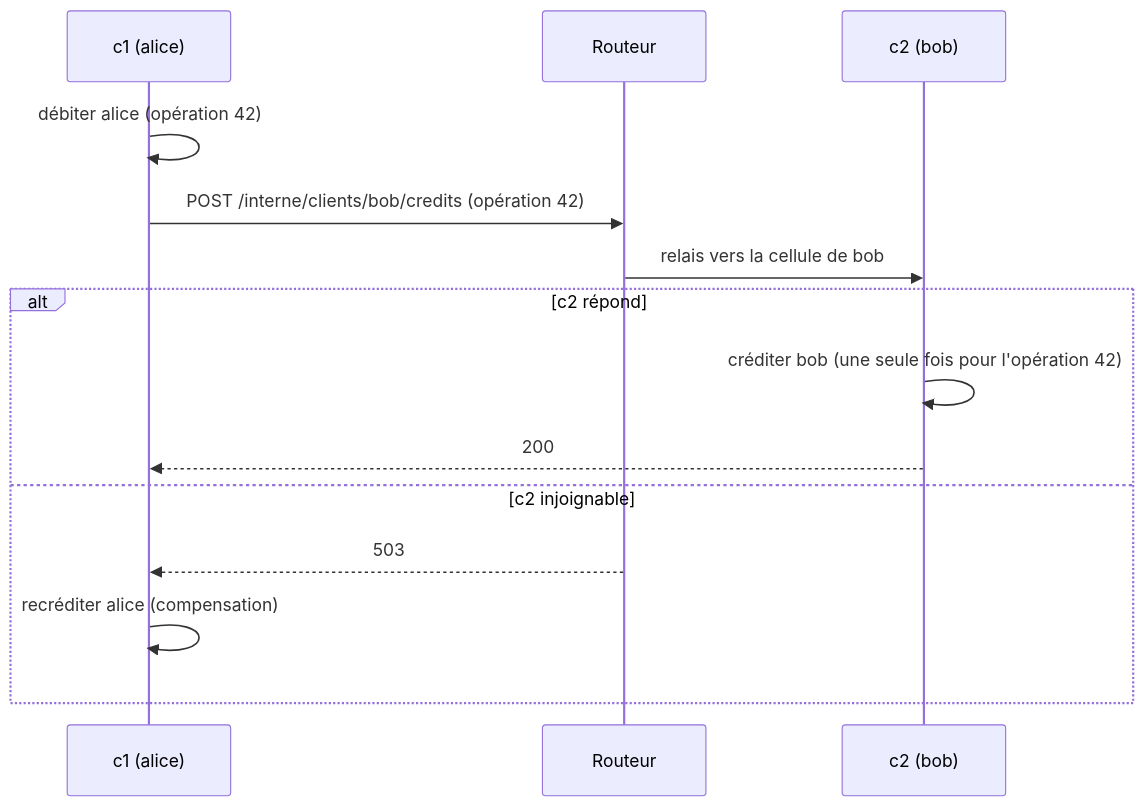
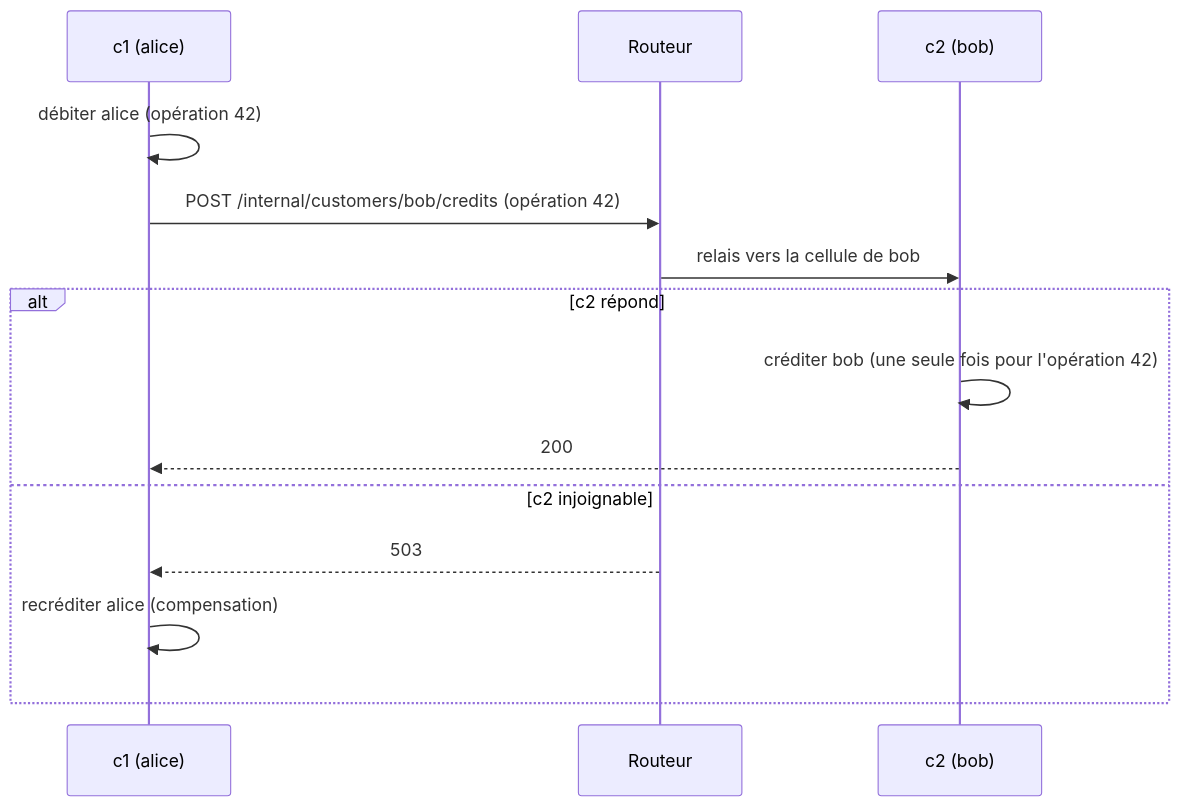
One commit to drangoht/ArchitecturesDemo changed the fourth of 4 diagrams in Docs/17-cell-based.md. Above: the diagram before and after it, drawn with Mermaid. The commit also changed other lines of this file and 70 other files, not shown here.

Commit message:
Docs FR : identifiants, liens, diagrammes et sorties alignés sur le code anglais

````diff
--- a/Docs/17-cell-based.md
+++ b/Docs/17-cell-based.md
@@ -197,16 +197,16 @@
 ```mermaid
 sequenceDiagram
     participant A as c1 (alice)
     participant R as Routeur
     participant B as c2 (bob)
     A->>A: débiter alice (opération 42)
-    A->>R: POST /interne/clients/bob/credits (opération 42)
+    A->>R: POST /internal/customers/bob/credits (opération 42)
     R->>B: relais vers la cellule de bob
     alt c2 répond
         B->>B: créditer bob (une seule fois pour l'opération 42)
         B-->>A: 200
     else c2 injoignable
         R-->>A: 503
         A->>A: recréditer alice (compensation)
     end
 ```
````
